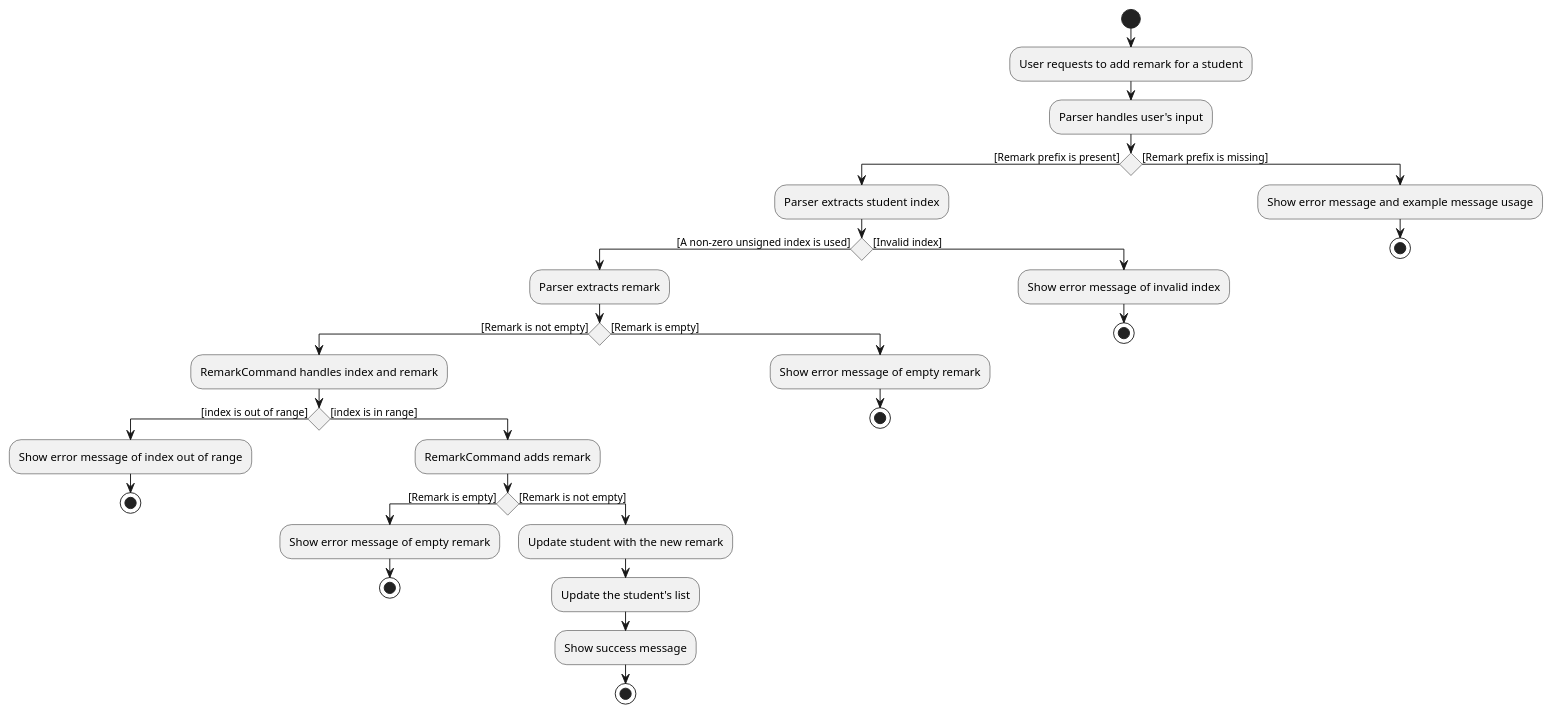
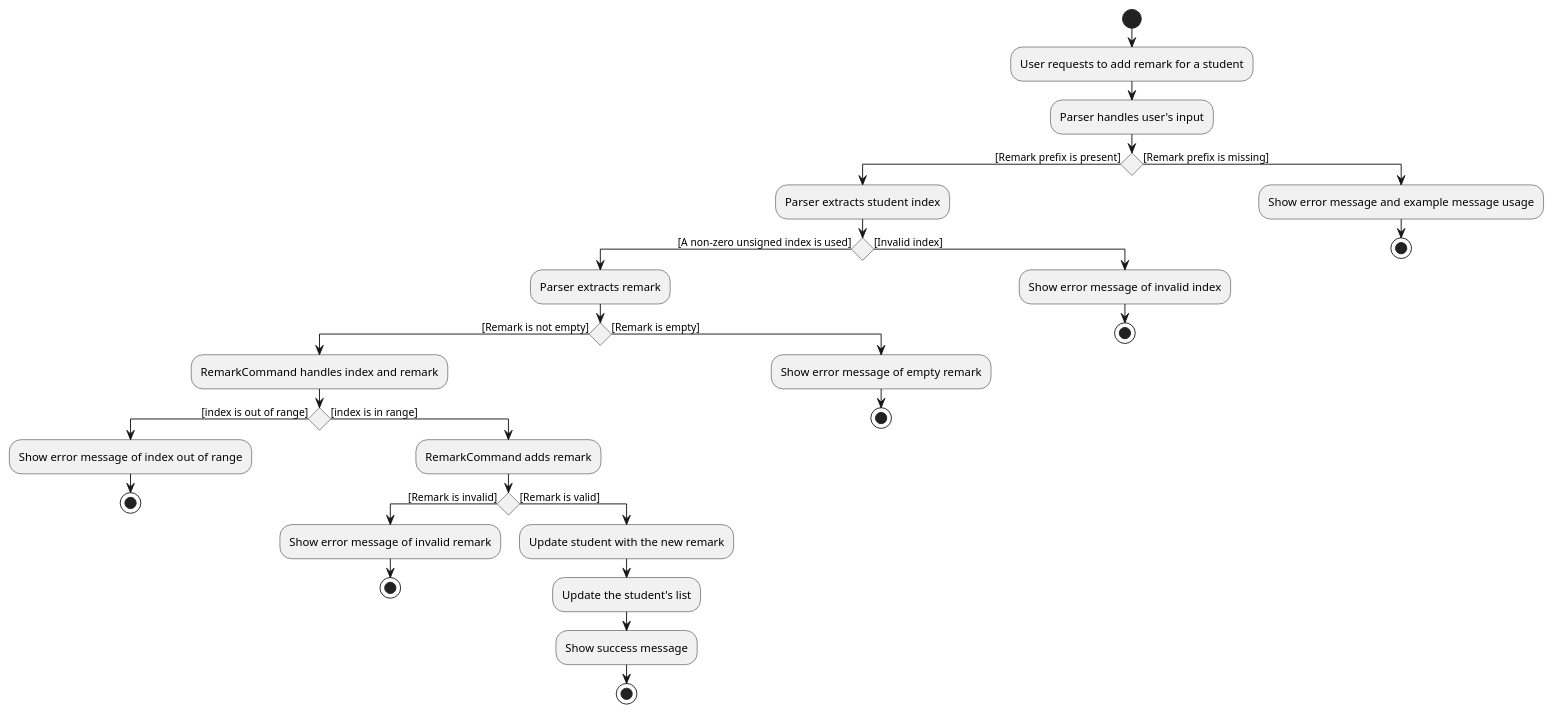
One commit to nus-cs2103-AY2425S1/tp changed the diagram in docs/diagrams/add-remark/RemarkCommandActivityDiagram.puml. Above: the diagram before and after it, drawn with PlantUML.

Commit message:
Update RemarkCommand Activity Diagram

```diff
--- a/docs/diagrams/add-remark/RemarkCommandActivityDiagram.puml
+++ b/docs/diagrams/add-remark/RemarkCommandActivityDiagram.puml
@@ -1,41 +1,41 @@
 @startuml
 'https://plantuml.com/activity-diagram-beta
 
 start
 :User requests to add remark for a student;
 :Parser handles user's input;
 if () then ([Remark prefix is present])
   :Parser extracts student index;
   if () then ([A non-zero unsigned index is used])
     :Parser extracts remark;
     if () then ([Remark is not empty])
       :RemarkCommand handles index and remark;
       if () then ([index is out of range])
         :Show error message of index out of range;
         stop
       else ([index is in range])
         :RemarkCommand adds remark;
-        if () then ([Remark is empty])
-            :Show error message of empty remark;
+        if () then ([Remark is invalid])
+            :Show error message of invalid remark;
             stop
-        else ([Remark is not empty])
+        else ([Remark is valid])
             :Update student with the new remark;
             :Update the student's list;
             :Show success message;
             stop
         endif
       endif
     else ([Remark is empty])
       :Show error message of empty remark;
       stop
     endif
   else ([Invalid index])
     :Show error message of invalid index;
     stop
   endif
 else ([Remark prefix is missing])
     :Show error message and example message usage;
     stop
 endif
 
 @enduml
```
